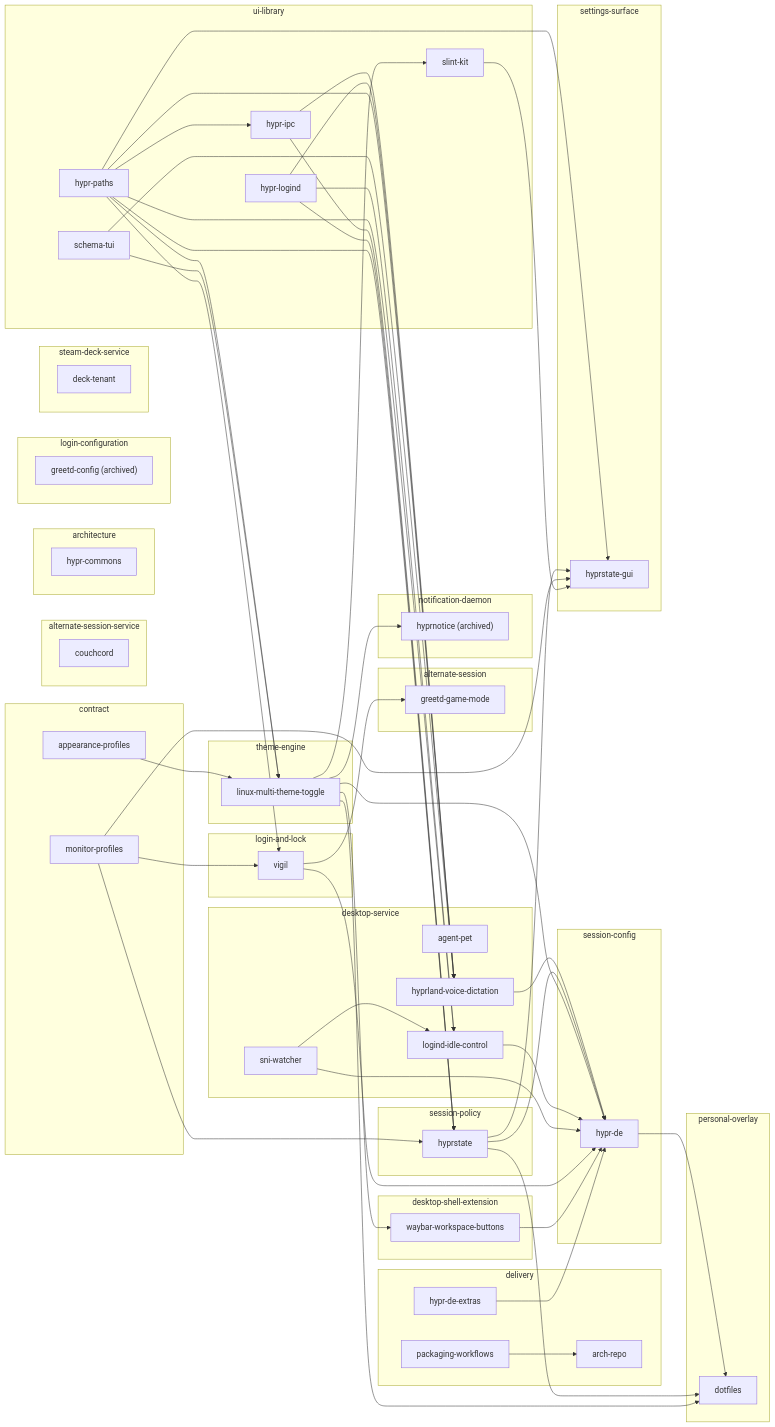
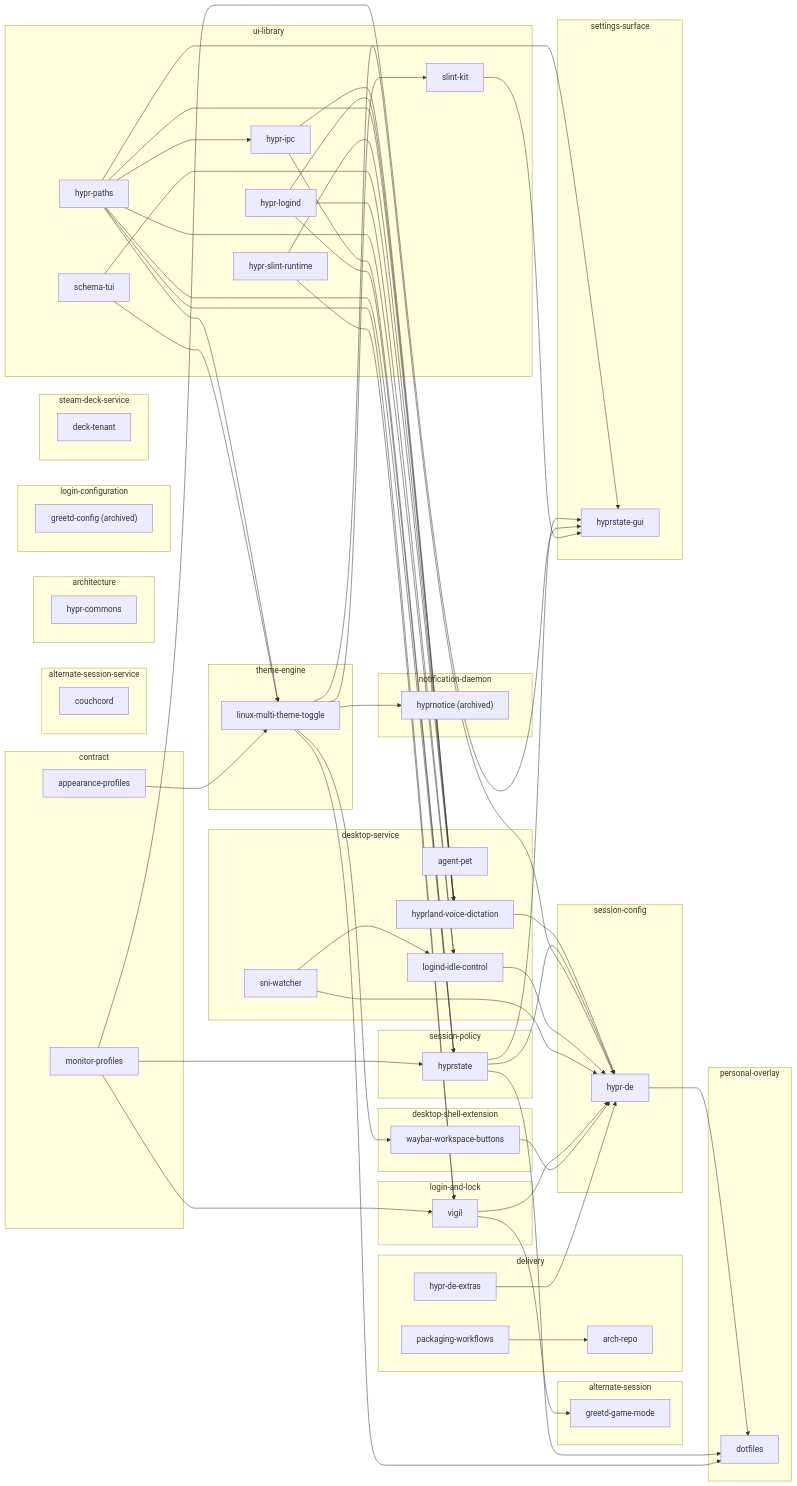
One commit to MasonRhodesDev/desktop-commons changed the diagram in docs/ECOSYSTEM.md. Above: the diagram before and after it, drawn with Mermaid. The commit also changed other lines of this file and 18 other files, not shown here.

Commit message:
feat: add event-driven Slint idle runtime

````diff
--- a/docs/ECOSYSTEM.md
+++ b/docs/ECOSYSTEM.md
@@ -64,6 +64,7 @@
         repo_hypr_ipc["hypr-ipc"]
         repo_hypr_logind["hypr-logind"]
         repo_hypr_paths["hypr-paths"]
+        repo_hypr_slint_runtime["hypr-slint-runtime"]
         repo_schema_tui["schema-tui"]
         repo_slint_kit["slint-kit"]
     end
@@ -84,6 +85,7 @@
     repo_hypr_ipc --> repo_hyprland_voice_dictation
     repo_hypr_logind --> repo_hyprland_voice_dictation
     repo_hypr_paths --> repo_hyprland_voice_dictation
+    repo_hypr_slint_runtime --> repo_hyprland_voice_dictation
     repo_schema_tui --> repo_hyprland_voice_dictation
     repo_linux_multi_theme_toggle --> repo_hyprnotice
     repo_hypr_ipc --> repo_hyprstate
@@ -102,6 +104,7 @@
     repo_sni_watcher --> repo_logind_idle_control
     repo_linux_multi_theme_toggle --> repo_slint_kit
     repo_hypr_paths --> repo_vigil
+    repo_hypr_slint_runtime --> repo_vigil
     repo_monitor_profiles --> repo_vigil
     repo_linux_multi_theme_toggle --> repo_waybar_workspace_buttons
 ```
````
